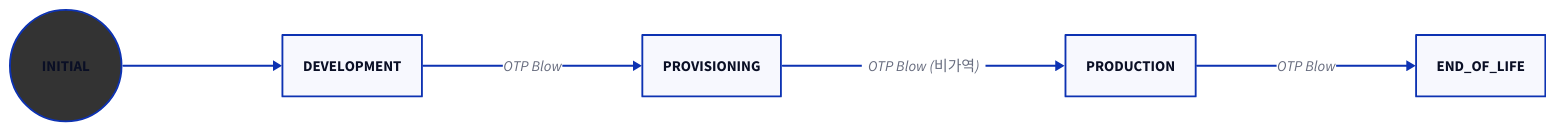
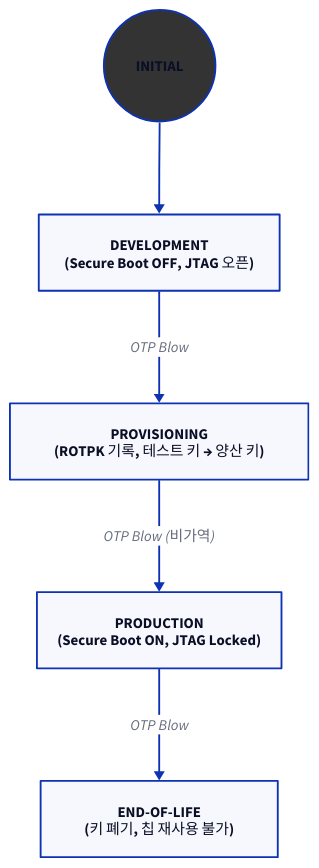
The third of 8 diagrams in topics/soc_secure_boot/docs/01_hardware_root_of_trust.md (humbleowl39/DV_SKOOL), drawn with D2 before and after one commit. The commit also changed other lines of this file and 90 other files, not shown here.

First line of the commit message:
docs: 전 토픽 다이어그램 정비 — ASCII→D2, mermaid→D2, 과대 D2 가시성 수정

````diff
--- a/topics/soc_secure_boot/docs/01_hardware_root_of_trust.md
+++ b/topics/soc_secure_boot/docs/01_hardware_root_of_trust.md
@@ -200,27 +198,13 @@
 ```d2
-direction: right
+direction: down
 
 INITIAL { shape: circle; style.fill: "#333" }
+DEVELOPMENT: "DEVELOPMENT\n(Secure Boot OFF, JTAG 오픈)"
+PROVISIONING: "PROVISIONING\n(ROTPK 기록, 테스트 키 → 양산 키)"
+PRODUCTION: "PRODUCTION\n(Secure Boot ON, JTAG Locked)"
+END_OF_LIFE: "END-OF-LIFE\n(키 폐기, 칩 재사용 불가)"
 INITIAL -> DEVELOPMENT
 DEVELOPMENT -> PROVISIONING: "OTP Blow"
 PROVISIONING -> PRODUCTION: "OTP Blow (비가역)"
 PRODUCTION -> END_OF_LIFE: "OTP Blow"
-# unparsed: DEVELOPMENT : DEVELOPMENT
-# unparsed: DEVELOPMENT : - Secure Boot OFF
-# unparsed: DEVELOPMENT : - JTAG 오픈
-# unparsed: DEVELOPMENT : - 모든 Boot Mode
-# unparsed: DEVELOPMENT : - 디버그 자유
-# unparsed: PROVISIONING : PROVISIONING
-# unparsed: PROVISIONING : - ROTPK 해시 기록
-# unparsed: PROVISIONING : - 보안 설정 기록
-# unparsed: PROVISIONING : - 테스트 키 → 양산 키 전환
-# unparsed: PRODUCTION : PRODUCTION
-# unparsed: PRODUCTION : - Secure Boot ON
-# unparsed: PRODUCTION : - JTAG Locked
-# unparsed: PRODUCTION : - Boot Mode 고정
-# unparsed: PRODUCTION : - Anti-RB 활성
-# unparsed: END_OF_LIFE : END-OF-LIFE
-# unparsed: END_OF_LIFE : - 키 전부 폐기
-# unparsed: END_OF_LIFE : - 기능 영구 차단
-# unparsed: END_OF_LIFE : - 칩 재사용 불가
 ```
````
